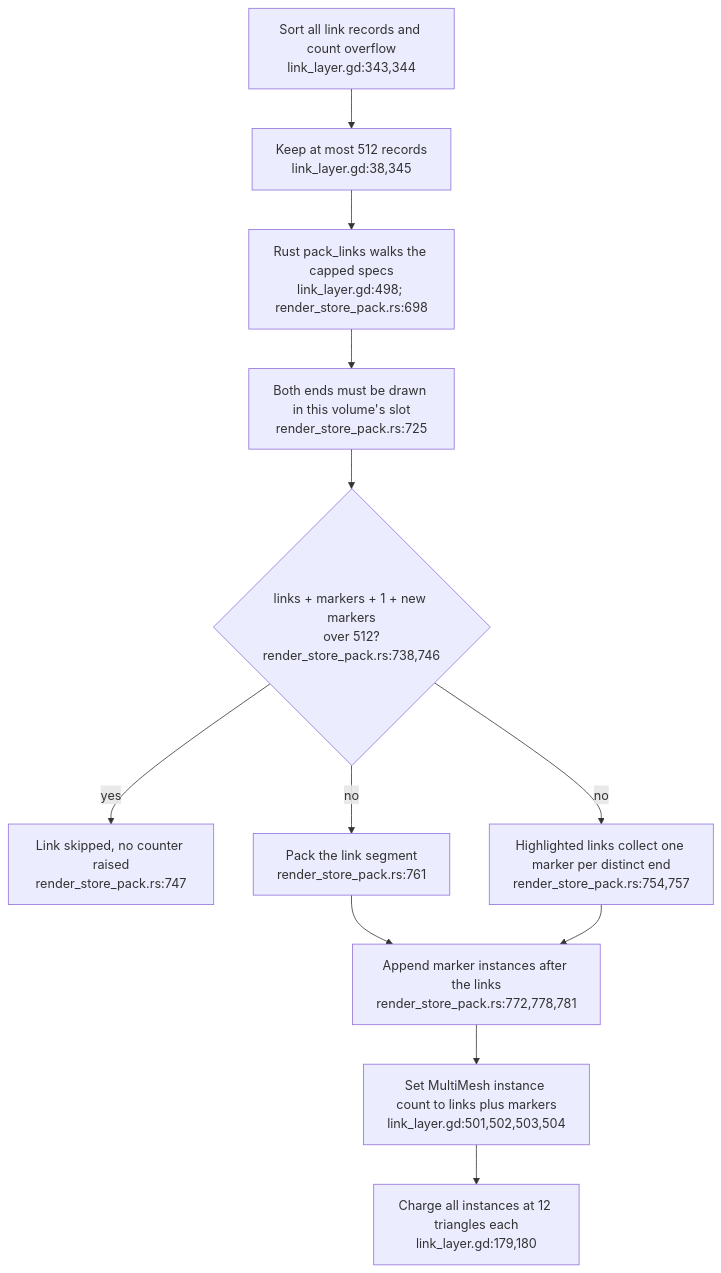
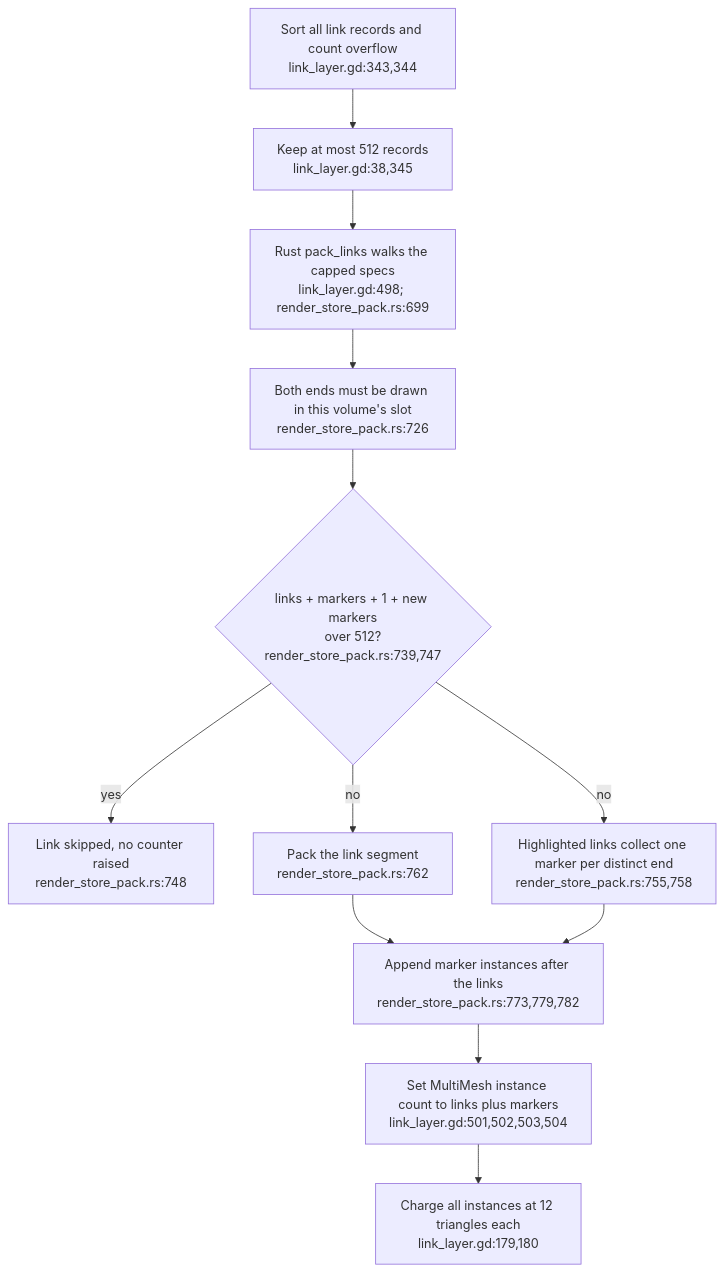
Before and after one commit to DreamLab-AI/VisionFlow: the first of 3 diagrams in docs/diagrams/visionclaw/46-spatial-volume-fit-and-link-budget.md, drawn with Mermaid. The commit also changed other lines of this file and 24 other files, not shown here.

Commit message:
docs: align XR liveness, filtering and rendering diagrams (#33)

````diff
--- a/docs/diagrams/visionclaw/46-spatial-volume-fit-and-link-budget.md
+++ b/docs/diagrams/visionclaw/46-spatial-volume-fit-and-link-budget.md
@@ -31,14 +31,14 @@
 ```mermaid
 flowchart TD
     SORT["Sort all link records and count overflow<br/>link_layer.gd:343,344"] --> CAP["Keep at most 512 records<br/>link_layer.gd:38,345"]
-    CAP --> PACK["Rust pack_links walks the capped specs<br/>link_layer.gd:498; render_store_pack.rs:698"]
-    PACK --> DRAWN["Both ends must be drawn in this volume's slot<br/>render_store_pack.rs:725"]
-    DRAWN --> ALLOW{"links + markers + 1 + new markers<br/>over 512?<br/>render_store_pack.rs:738,746"}
-    ALLOW -->|yes| SKIP["Link skipped, no counter raised<br/>render_store_pack.rs:747"]
-    ALLOW -->|no| MARK["Highlighted links collect one marker per distinct end<br/>render_store_pack.rs:754,757"]
-    ALLOW -->|no| SEG["Pack the link segment<br/>render_store_pack.rs:761"]
-    SEG --> APPEND["Append marker instances after the links<br/>render_store_pack.rs:772,778,781"]
+    CAP --> PACK["Rust pack_links walks the capped specs<br/>link_layer.gd:498; render_store_pack.rs:699"]
+    PACK --> DRAWN["Both ends must be drawn in this volume's slot<br/>render_store_pack.rs:726"]
+    DRAWN --> ALLOW{"links + markers + 1 + new markers<br/>over 512?<br/>render_store_pack.rs:739,747"}
+    ALLOW -->|yes| SKIP["Link skipped, no counter raised<br/>render_store_pack.rs:748"]
+    ALLOW -->|no| MARK["Highlighted links collect one marker per distinct end<br/>render_store_pack.rs:755,758"]
+    ALLOW -->|no| SEG["Pack the link segment<br/>render_store_pack.rs:762"]
+    SEG --> APPEND["Append marker instances after the links<br/>render_store_pack.rs:773,779,782"]
     MARK --> APPEND
     APPEND --> MM["Set MultiMesh instance count to links plus markers<br/>link_layer.gd:501,502,503,504"]
     MM --> COST["Charge all instances at 12 triangles each<br/>link_layer.gd:179,180"]
 ```
````
